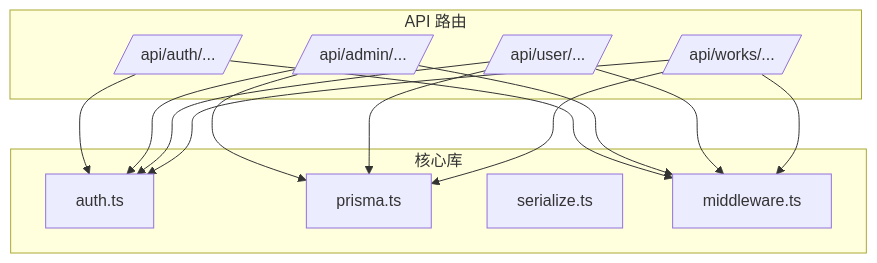
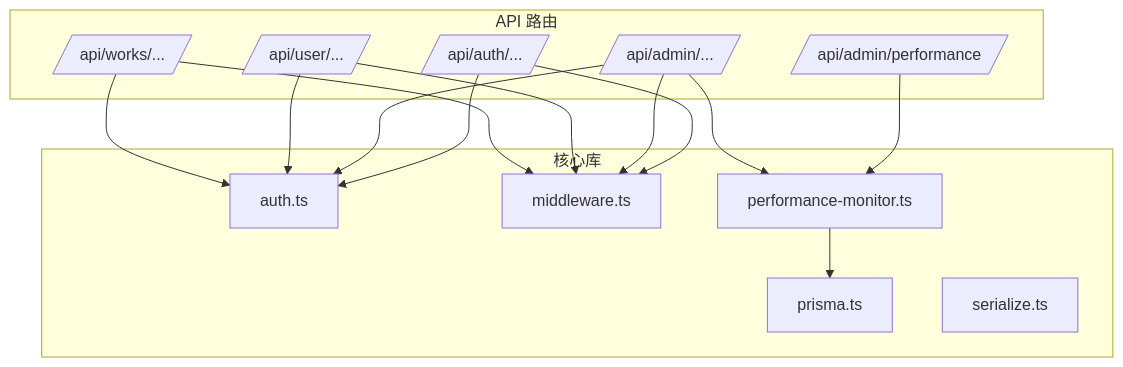
The first of 9 diagrams in .qoder/repowiki/zh/content/后端架构/后端架构.md (Eyre921/yunqi), drawn with Mermaid before and after one commit. The commit also changed other lines of this file and 11 other files, not shown here.

````diff
--- a/.qoder/repowiki/zh/content/后端架构/后端架构.md
+++ b/.qoder/repowiki/zh/content/后端架构/后端架构.md
@@ -32,26 +43,28 @@
 ```mermaid
 graph TB
 subgraph "API 路由"
 A[/api/auth/.../]
 B[/api/admin/.../]
 C[/api/user/.../]
 D[/api/works/.../]
+E[/api/admin/performance/]
 end
 subgraph "核心库"
-E[auth.ts]
-F[prisma.ts]
-G[serialize.ts]
-H[middleware.ts]
+F[auth.ts]
+G[prisma.ts]
+H[serialize.ts]
+I[middleware.ts]
+J[performance-monitor.ts]
 end
-A --> E
-B --> E
-C --> E
-D --> E
+A --> F
 B --> F
 C --> F
 D --> F
-A --> H
-B --> H
-C --> H
-D --> H
+E --> J
+B --> J
+J --> G
+A --> I
+B --> I
+C --> I
+D --> I
 ```
````
